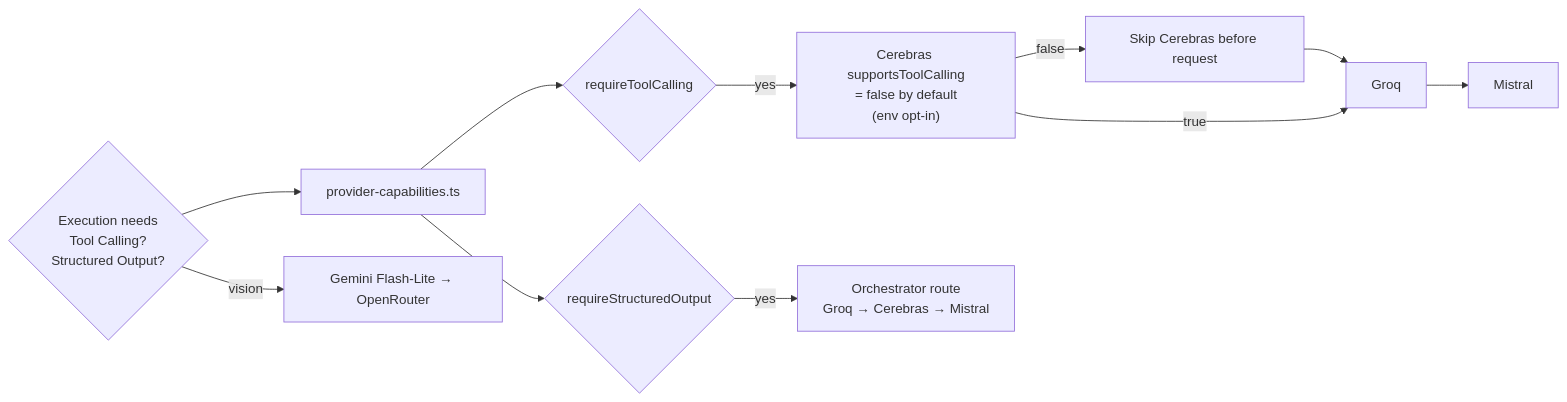
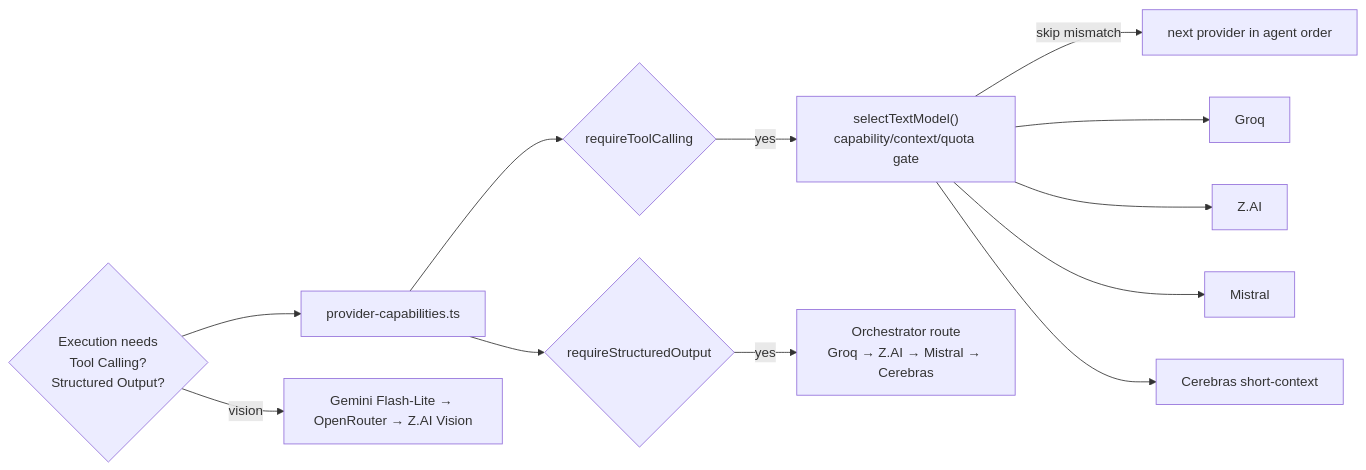
One commit to skyasu2/openmanager-ai changed the second of 2 diagrams in docs/reference/architecture/ai/ai-engine-architecture.md. Above: the diagram before and after it, drawn with Mermaid. The commit also changed other lines of this file and 20 other files, not shown here.

````diff
--- a/docs/reference/architecture/ai/ai-engine-architecture.md
+++ b/docs/reference/architecture/ai/ai-engine-architecture.md
@@ -324,15 +324,16 @@
 ```mermaid
 flowchart LR
     Need{"Execution needs\nTool Calling?\nStructured Output?"} --> Caps["provider-capabilities.ts"]
     Caps --> TC{"requireToolCalling"}
     Caps --> SO{"requireStructuredOutput"}
 
-    TC -->|yes| CerebrasTool["Cerebras supportsToolCalling\n= false by default\n(env opt-in)"]
-    CerebrasTool -->|false| Skip["Skip Cerebras before request"]
-    Skip --> Groq["Groq"]
-    Groq --> Mistral["Mistral"]
-    CerebrasTool -->|true| Groq
+    TC -->|yes| CapabilityGate["selectTextModel()\ncapability/context/quota gate"]
+    CapabilityGate -->|skip mismatch| NextProvider["next provider in agent order"]
+    CapabilityGate --> Groq["Groq"]
+    CapabilityGate --> ZAI["Z.AI"]
+    CapabilityGate --> Mistral["Mistral"]
+    CapabilityGate --> Cerebras["Cerebras short-context"]
 
-    SO -->|yes| Structured["Orchestrator route\nGroq → Cerebras → Mistral"]
-    Need -->|vision| Vision["Gemini Flash-Lite → OpenRouter"]
+    SO -->|yes| Structured["Orchestrator route\nGroq → Z.AI → Mistral → Cerebras"]
+    Need -->|vision| Vision["Gemini Flash-Lite → OpenRouter → Z.AI Vision"]
 ```
````
